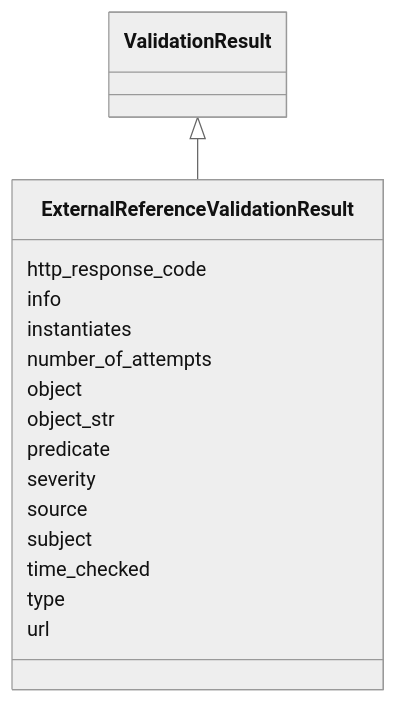
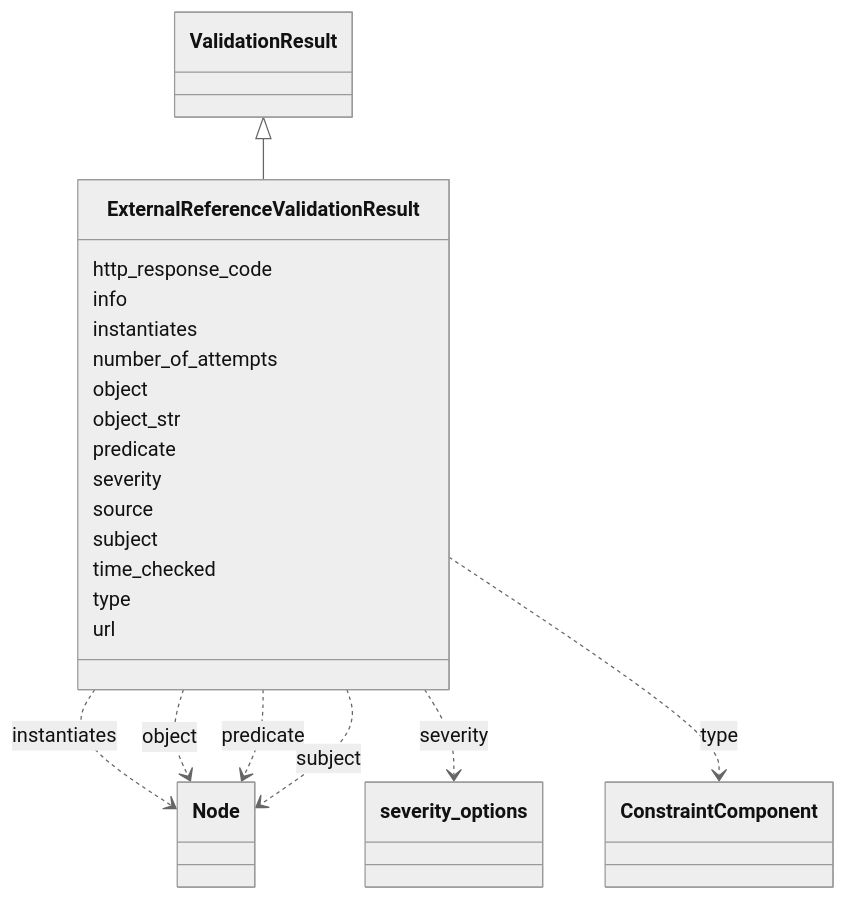
The diagram in validation/ExternalReferenceValidationResult.md (INCATools/ontology-access-kit), drawn with Mermaid (neutral theme) before and after one commit. The commit also changed other lines of this file and 1783 other files, not shown here.

````diff
--- a/validation/ExternalReferenceValidationResult.md
+++ b/validation/ExternalReferenceValidationResult.md
@@ -11,20 +11,45 @@
 ```{mermaid}
  classDiagram
     class ExternalReferenceValidationResult
       ValidationResult <|-- ExternalReferenceValidationResult
       
       ExternalReferenceValidationResult : http_response_code
+        
       ExternalReferenceValidationResult : info
+        
       ExternalReferenceValidationResult : instantiates
+        
+          ExternalReferenceValidationResult ..> Node : instantiates
+        
       ExternalReferenceValidationResult : number_of_attempts
+        
       ExternalReferenceValidationResult : object
+        
+          ExternalReferenceValidationResult ..> Node : object
+        
       ExternalReferenceValidationResult : object_str
+        
       ExternalReferenceValidationResult : predicate
+        
+          ExternalReferenceValidationResult ..> Node : predicate
+        
       ExternalReferenceValidationResult : severity
+        
+          ExternalReferenceValidationResult ..> severity_options : severity
+        
       ExternalReferenceValidationResult : source
+        
       ExternalReferenceValidationResult : subject
+        
+          ExternalReferenceValidationResult ..> Node : subject
+        
       ExternalReferenceValidationResult : time_checked
+        
       ExternalReferenceValidationResult : type
+        
+          ExternalReferenceValidationResult ..> ConstraintComponent : type
+        
       ExternalReferenceValidationResult : url
+        
       
 ```
````
